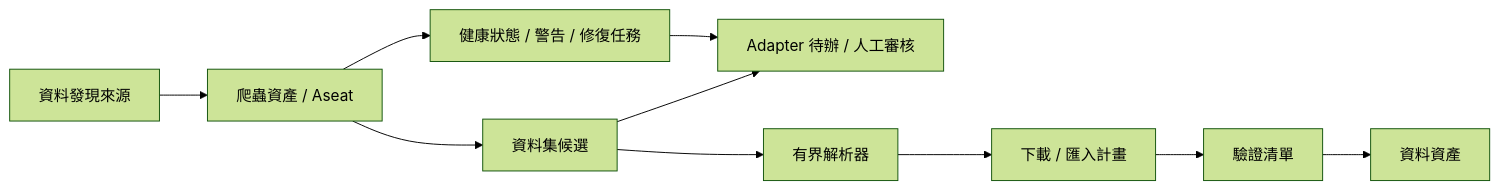
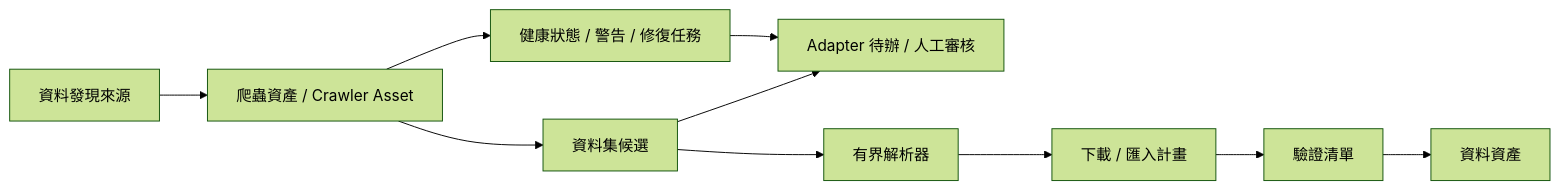
The second of 2 diagrams in docs/DATASET_DISCOVERY_NOTES.zh-TW.md (YanAnnLu/APIkeys_collection), drawn with Mermaid (forest theme) before and after one commit. The commit also changed other lines of this file and 22 other files, not shown here.

````diff
--- a/docs/DATASET_DISCOVERY_NOTES.zh-TW.md
+++ b/docs/DATASET_DISCOVERY_NOTES.zh-TW.md
@@ -62,12 +62,12 @@
 ```mermaid
 flowchart LR
-    Source[資料發現來源] --> Asset[爬蟲資產 / Aseat]
+    Source[資料發現來源] --> Asset[爬蟲資產 / Crawler Asset]
     Asset --> Candidate[資料集候選]
     Candidate --> Review[Adapter 待辦 / 人工審核]
     Candidate --> Resolver[有界解析器]
     Resolver --> Plan[下載 / 匯入計畫]
     Plan --> Manifest[驗證清單]
     Manifest --> DataAsset[資料資產]
     Asset --> Health[健康狀態 / 警告 / 修復任務]
     Health --> Review
 ```
````
